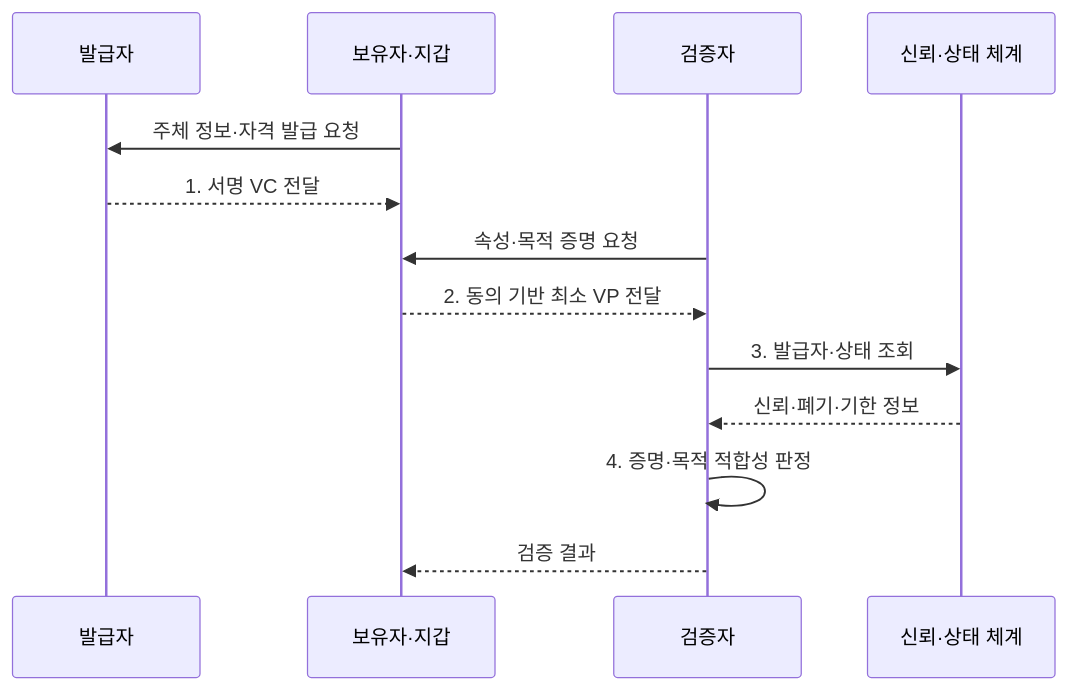
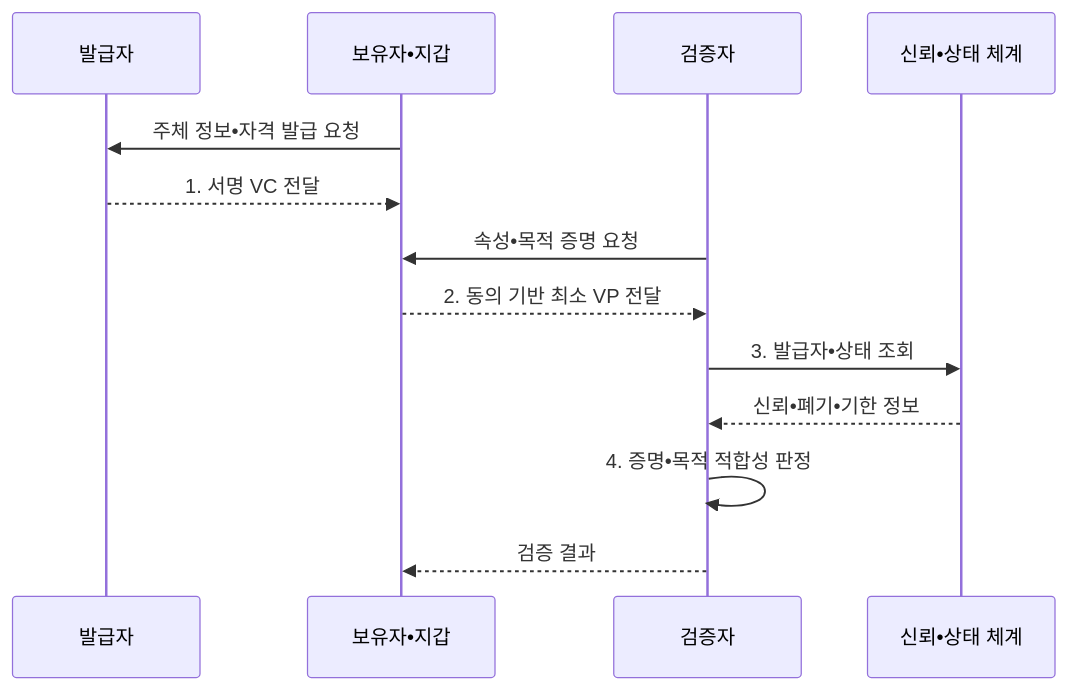
Before and after one commit to agnusdei1207/knowledge-base: the second of 2 diagrams in src/content/docs/notes/05-security/066_did_ssi.md, drawn with Mermaid. The commit also changed other lines of this file and 953 other files, not shown here.

````diff
--- a/src/content/docs/notes/05-security/066_did_ssi.md
+++ b/src/content/docs/notes/05-security/066_did_ssi.md
@@ -100,15 +100,15 @@
 ```mermaid
 sequenceDiagram
     participant I as 발급자
-    participant H as 보유자·지갑
+    participant H as 보유자•지갑
     participant V as 검증자
-    participant T as 신뢰·상태 체계
-    H->>I: 주체 정보·자격 발급 요청
+    participant T as 신뢰•상태 체계
+    H->>I: 주체 정보•자격 발급 요청
     I-->>H: 1. 서명 VC 전달
-    V->>H: 속성·목적 증명 요청
+    V->>H: 속성•목적 증명 요청
     H-->>V: 2. 동의 기반 최소 VP 전달
-    V->>T: 3. 발급자·상태 조회
-    T-->>V: 신뢰·폐기·기한 정보
-    V->>V: 4. 증명·목적 적합성 판정
+    V->>T: 3. 발급자•상태 조회
+    T-->>V: 신뢰•폐기•기한 정보
+    V->>V: 4. 증명•목적 적합성 판정
     V-->>H: 검증 결과
 ```
````
